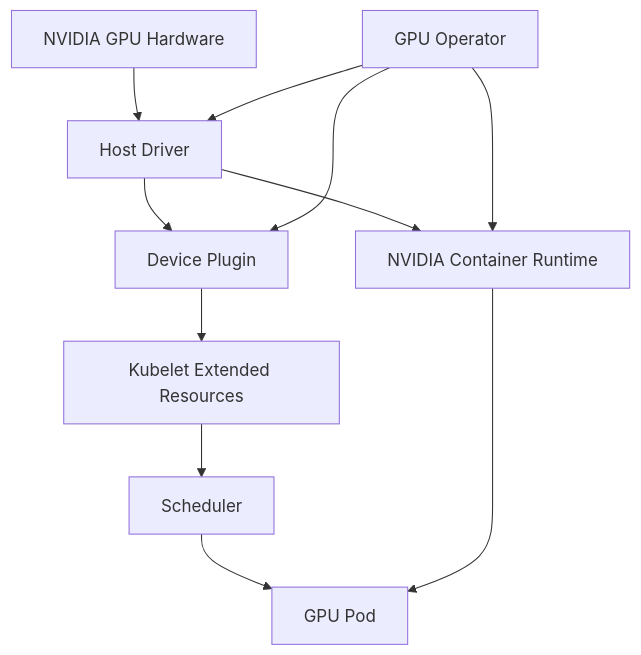
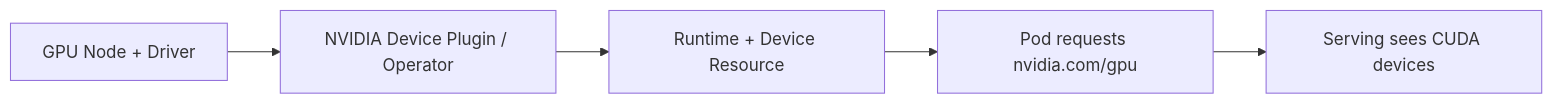
The diagram in docs/devops/kubernetes-ai-service-deployment.md (upJiang/jiang-blog-vitepress), drawn with Mermaid before and after one commit. The commit also changed other lines of this file and 190 other files, not shown here.

````diff
--- a/docs/devops/kubernetes-ai-service-deployment.md
+++ b/docs/devops/kubernetes-ai-service-deployment.md
@@ -33,13 +31,7 @@
 ```mermaid
-flowchart TD
-  H[NVIDIA GPU Hardware] --> D[Host Driver]
-  D --> R[NVIDIA Container Runtime]
-  D --> P[Device Plugin]
-  O[GPU Operator] --> D
-  O --> R
-  O --> P
-  P --> K[Kubelet Extended Resources]
-  K --> S[Scheduler]
-  S --> W[GPU Pod]
-  R --> W
+flowchart LR
+  N[GPU Node + Driver] --> D[NVIDIA Device Plugin / Operator]
+  D --> R[Runtime + Device Resource]
+  R --> P[Pod requests nvidia.com/gpu]
+  P --> S[Serving sees CUDA devices]
 ```
````
